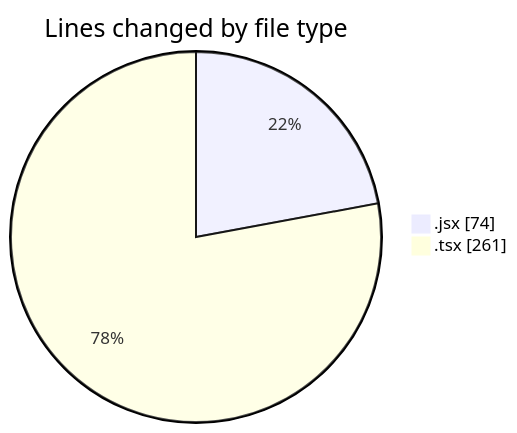
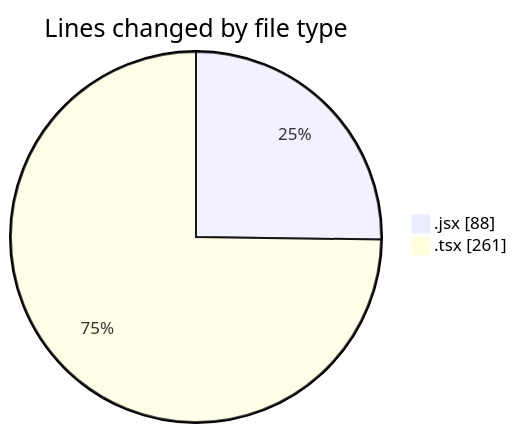
The first of 2 diagrams in 2026-02-11/cda/README.md (momahboobian/code-tracking), drawn with Mermaid before and after one commit. The commit also changed other lines of this file and 1 other file, not shown here.

````diff
--- a/2026-02-11/cda/README.md
+++ b/2026-02-11/cda/README.md
@@ -21,6 +22,6 @@
 ```mermaid
 pie showData
 title Lines changed by file type
-".jsx" : 74
+".jsx" : 88
 ".tsx" : 261
 ```
````
